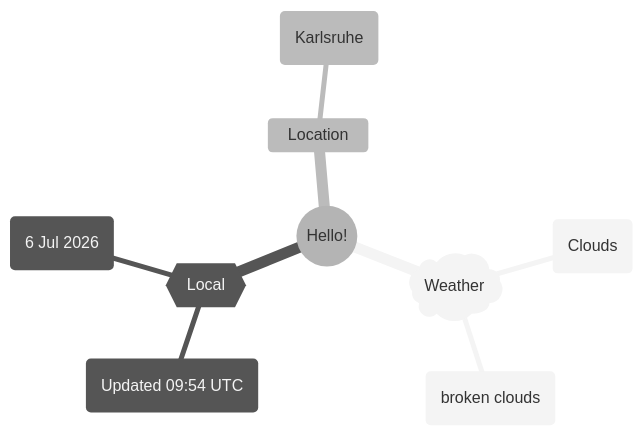
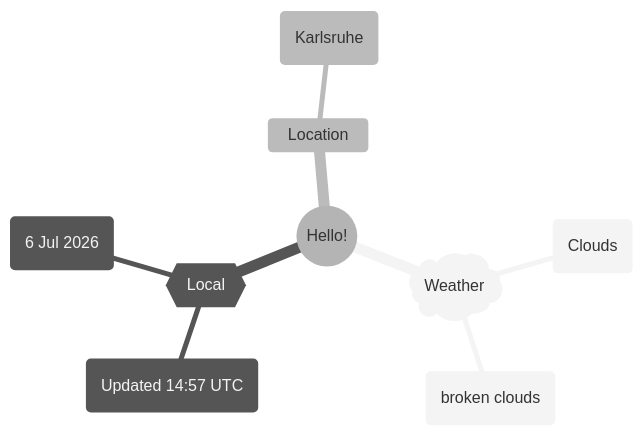
The first of 2 diagrams in README.md (Xosrov/Xosrov), drawn with Mermaid (neutral theme) before and after one commit.

Commit message:
[bot] updated images

````diff
--- a/README.md
+++ b/README.md
@@ -3,12 +3,12 @@
 ```mermaid
 mindmap
   root((Hello!))
     )Weather(
         (Clouds)
         (broken clouds)
     {{Local}}
-        (Updated 09:54 UTC)
+        (Updated 14:57 UTC)
         (6 Jul 2026)
     Location
         (Karlsruhe)
 ```
````
